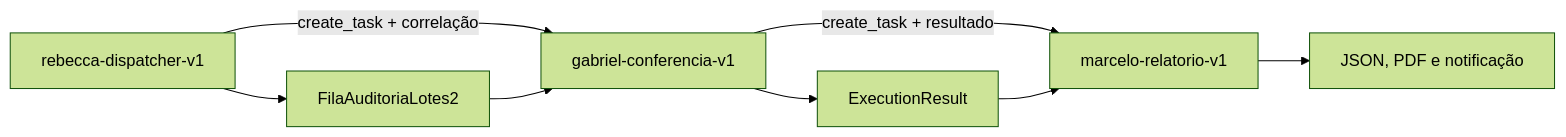
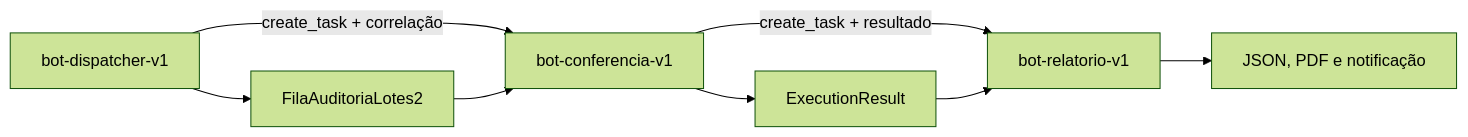
One commit to g-f307/conferencia-de-lotes changed the first of 5 diagrams in docs/ARQUITETURA.md. Above: the diagram before and after it, drawn with Mermaid (forest theme). The commit also changed other lines of this file and 8 other files, not shown here.

````diff
--- a/docs/ARQUITETURA.md
+++ b/docs/ARQUITETURA.md
@@ -26,10 +29,10 @@
 ```mermaid
 flowchart LR
-    A[rebecca-dispatcher-v1] -->|create_task + correlação| B[gabriel-conferencia-v1]
-    B -->|create_task + resultado| C[marcelo-relatorio-v1]
+    A[bot-dispatcher-v1] -->|create_task + correlação| B[bot-conferencia-v1]
+    B -->|create_task + resultado| C[bot-relatorio-v1]
     A --> DP[FilaAuditoriaLotes2]
     DP --> B
     B --> RESULT[ExecutionResult]
     RESULT --> C
     C --> ART[JSON, PDF e notificação]
 ```
````
